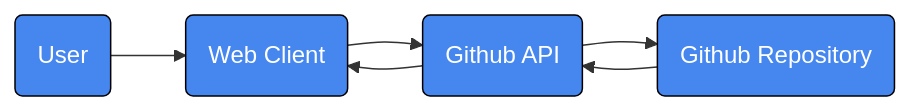
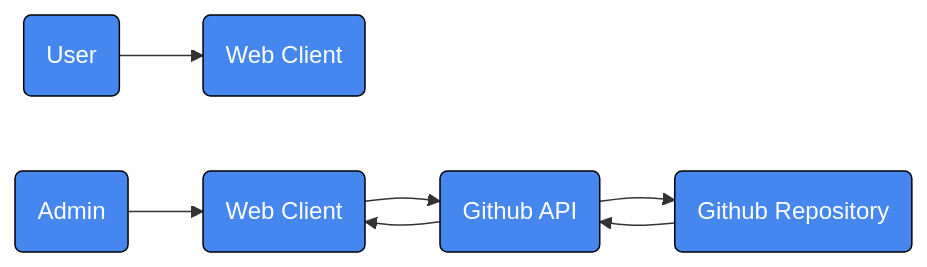
One commit to eric-k-chu/auction-site changed the diagram in README.md. Above: the diagram before and after it, drawn with Mermaid. The commit also changed other lines of this file, not shown here.

````diff
--- a/README.md
+++ b/README.md
@@ -33,13 +33,17 @@
 ```mermaid
 flowchart LR;
     User("User") --> Client("Web Client");
-    Client("Web Client") --> Api("Github API");
+
+    Admin("Admin") --> Server("Web Client");
+    Server("Web Client") --> Api("Github API");
     Api("Github API") --> Db("Github Repository");
-    Api("Github API") --> Client("Web Client");
+    Api("Github API") --> Server("Web Client");
     Db("Github Repository") --> Api("Github API");
 
     style User fill:#4586EF,stroke:#000000,color:#fff;
     style Client fill:#4586EF,stroke:#000000,color:#fff;
     style Api fill:#4586EF,stroke:#000000,color:#fff;
     style Db fill:#4586EF,stroke:#000000,color:#fff;
+    style Server fill:#4586EF,stroke:#000000,color:#fff;
+    style Admin fill:#4586EF,stroke:#000000,color:#fff;
 ```
````
